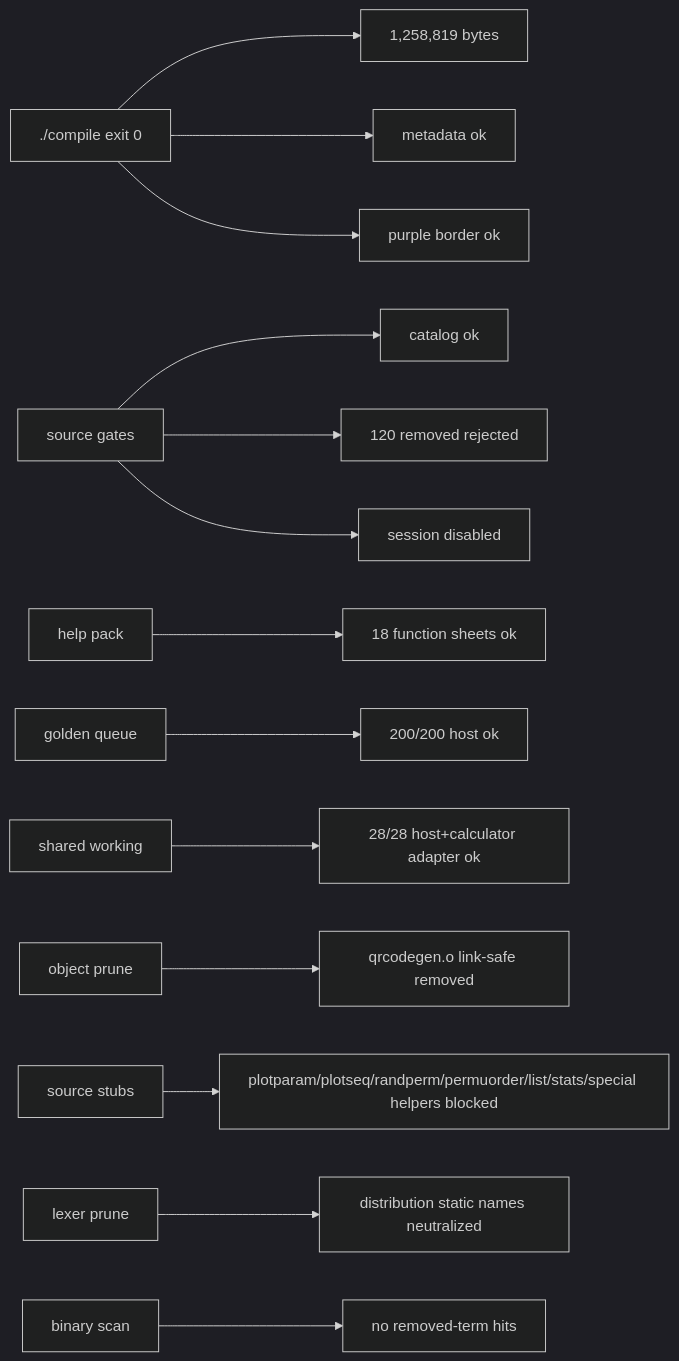
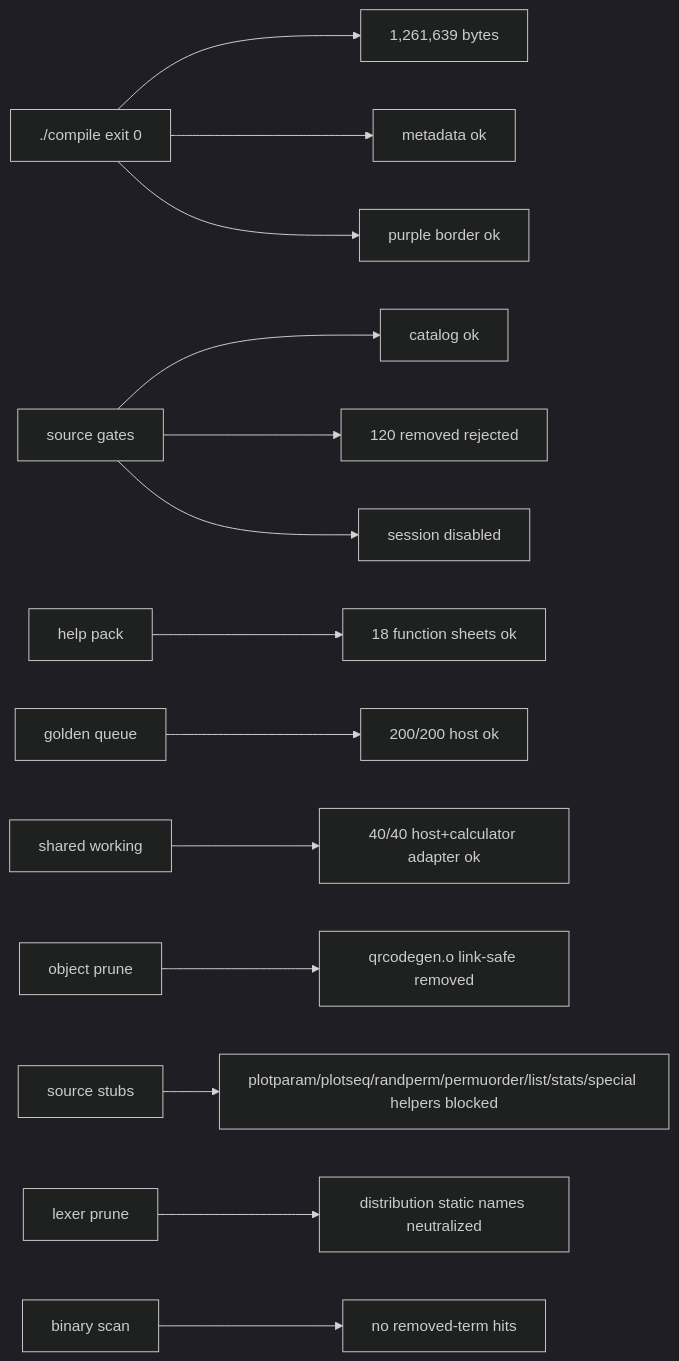
Before and after one commit to james8464/notes-addin-casio-fx-cg50: the seventh of 7 diagrams in docs/GRAPH.md, drawn with Mermaid (dark theme). The commit also changed other lines of this file and 3 other files, not shown here.

Commit message:
expand shared working coverage

````diff
--- a/docs/GRAPH.md
+++ b/docs/GRAPH.md
@@ -120,16 +120,16 @@
 ```mermaid
 graph LR
-  Build["./compile exit 0"] --> Size["1,258,819 bytes"]
+  Build["./compile exit 0"] --> Size["1,261,639 bytes"]
   Build --> Meta["metadata ok"]
   Build --> Border["purple border ok"]
   Source["source gates"] --> Catalog["catalog ok"]
   Source --> Removed["120 removed rejected"]
   Source --> Session["session disabled"]
   Help["help pack"] --> HelpQ["18 function sheets ok"]
   Queue["golden queue"] --> QueueRun["200/200 host ok"]
-  Shared["shared working"] --> SharedRun["28/28 host+calculator adapter ok"]
+  Shared["shared working"] --> SharedRun["40/40 host+calculator adapter ok"]
   Obj["object prune"] --> QR["qrcodegen.o link-safe removed"]
   Macro["source stubs"] --> Stubbed["plotparam/plotseq/randperm/permuorder/list/stats/special helpers blocked"]
   Static["lexer prune"] --> StaticRun["distribution static names neutralized"]
   Bin["binary scan"] --> NoLeak["no removed-term hits"]
 ```
````
